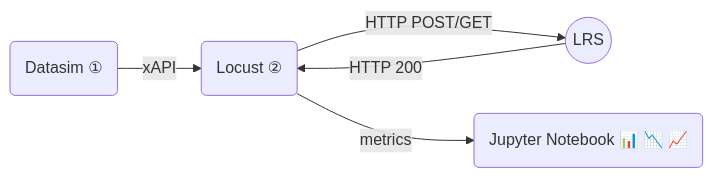
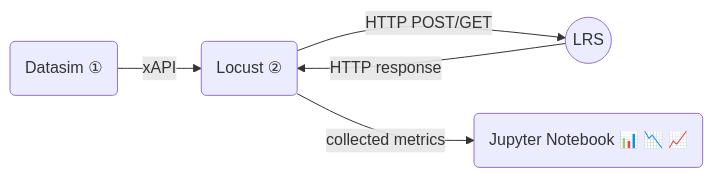
One commit to openfun/2023-openedx-con-lbt changed the second of 2 diagrams in sections/lbt.md. Above: the diagram before and after it, drawn with Mermaid. The commit also changed other lines of this file and 21 other files, not shown here.

````diff
--- a/sections/lbt.md
+++ b/sections/lbt.md
@@ -89,6 +103,6 @@
 ```mermaid {scale: 1.1}
 flowchart LR
     datasim("Datasim ①") -- xAPI --> locust("Locust ②") -- HTTP POST/GET --> lrs((LRS))
-    lrs((LRS)) -- HTTP 200 --> locust
-    locust -- metrics --> jup("Jupyter Notebook 📊 📉 📈")
+    lrs((LRS)) -- HTTP response --> locust
+    locust -- collected metrics --> jup("Jupyter Notebook 📊 📉 📈")
 ```
````
